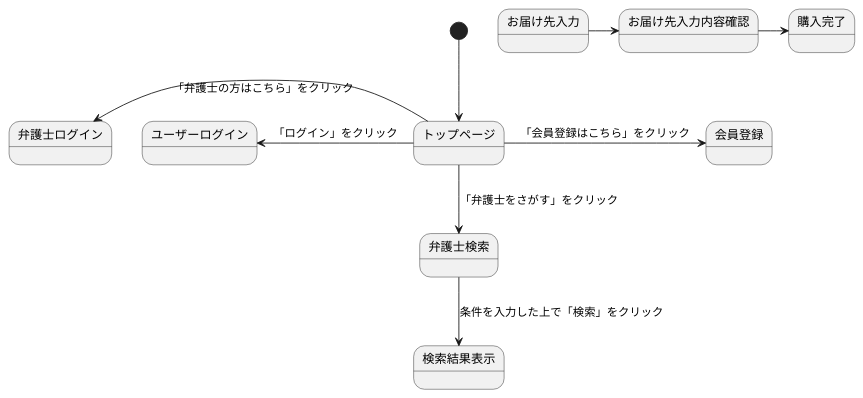
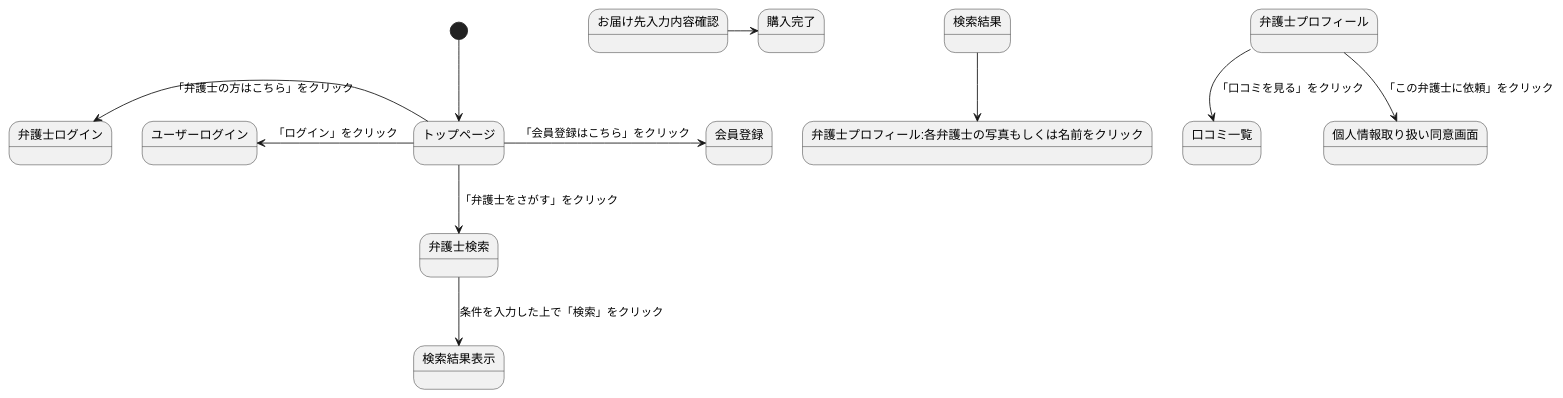
Before and after one commit to Aso2001374/2021sys-design: the diagram in 0524kadai.md, drawn with PlantUML.

````diff
--- a/0524kadai.md
+++ b/0524kadai.md
@@ -1,12 +1,14 @@
 ```uml
 @startuml
 [*] --> トップページ
 トップページ -> 会員登録:「会員登録はこちら」をクリック
 トップページ -left-> ユーザーログイン:「ログイン」をクリック
 トップページ -left-> 弁護士ログイン:「弁護士の方はこちら」をクリック
 トップページ --> 弁護士検索:「弁護士をさがす」をクリック
 弁護士検索 --> 検索結果表示:条件を入力した上で「検索」をクリック
-お届け先入力 -> お届け先入力内容確認
+検索結果 --> 弁護士プロフィール:各弁護士の写真もしくは名前をクリック
+弁護士プロフィール --> 口コミ一覧:「口コミを見る」をクリック
+弁護士プロフィール --> 個人情報取り扱い同意画面:「この弁護士に依頼」をクリック
 お届け先入力内容確認 -> 購入完了
 @enduml
 ```
````
